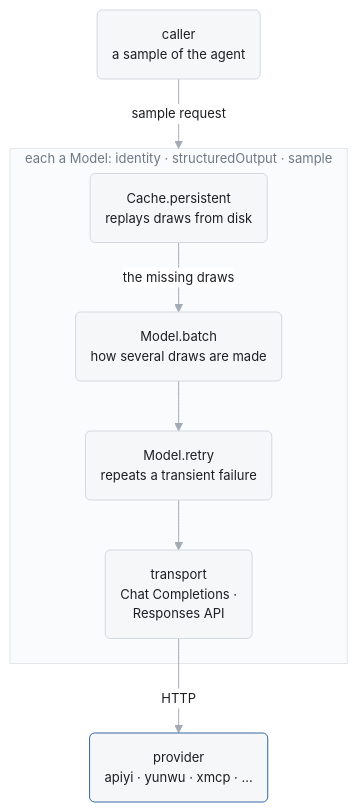
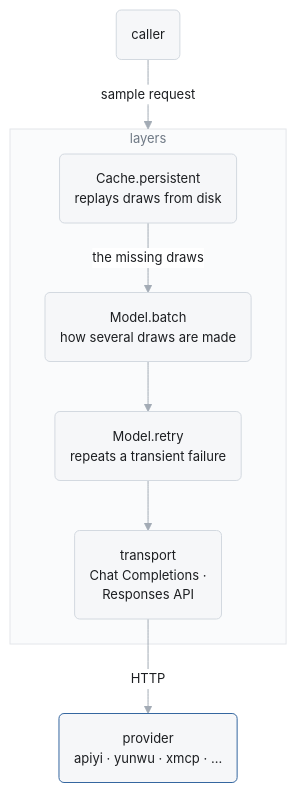
Before and after one commit to pku-xht/alaya: the first of 2 diagrams in docs/llm-api.md, drawn with Mermaid. The commit also changed other lines of this file and 1 other file, not shown here.

````diff
--- a/docs/llm-api.md
+++ b/docs/llm-api.md
@@ -8,22 +9,22 @@
 ```mermaid
 %%{init: {"theme": "base", "themeVariables": {"fontFamily": "BlinkMacSystemFont, Segoe UI, Helvetica, Arial", "fontSize": "13px", "primaryColor": "#f6f7f9", "primaryTextColor": "#1c1e21", "primaryBorderColor": "#d3d9e0", "lineColor": "#a3abb5", "textColor": "#6f7985", "edgeLabelBackground": "#ffffff", "clusterBkg": "#fafbfc", "clusterBorder": "#e3e6ea"}}}%%
 flowchart TD
   classDef sample stroke:#3567a0
 
-  caller("caller<br/>a sample of the agent")
-  subgraph layers["#160;#160;#160;each a Model: identity · structuredOutput · sample#160;#160;#160;"]
+  caller("caller")
+  subgraph layers["layers"]
     cache("Cache.persistent<br/>replays draws from disk")
     batch("Model.batch<br/>how several draws are made")
     retry("Model.retry<br/>repeats a transient failure")
     transport("transport<br/>Chat Completions ·<br/>Responses API")
   end
   provider("provider<br/>apiyi · yunwu · xmcp · …"):::sample
 
   caller -- "sample request" --> layers
   cache -- "the missing draws" --> batch
   batch --> retry
   retry --> transport
   transport -- "HTTP" --> provider
   style layers color:#6f7985
   linkStyle default stroke-width:1px
 ```
````
